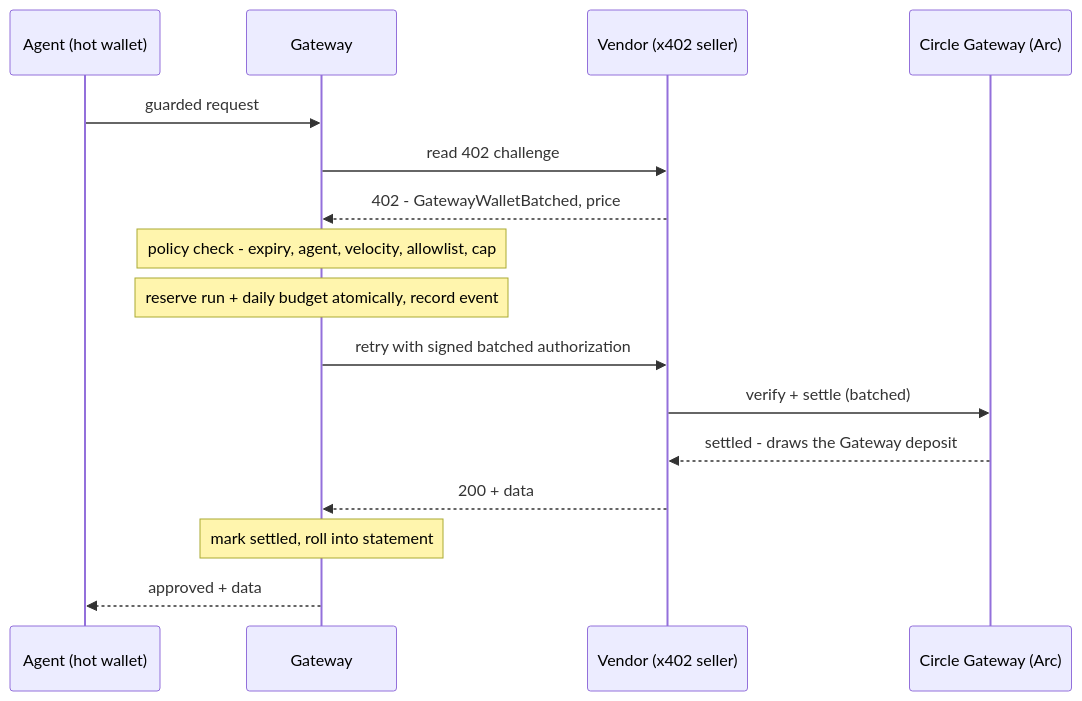
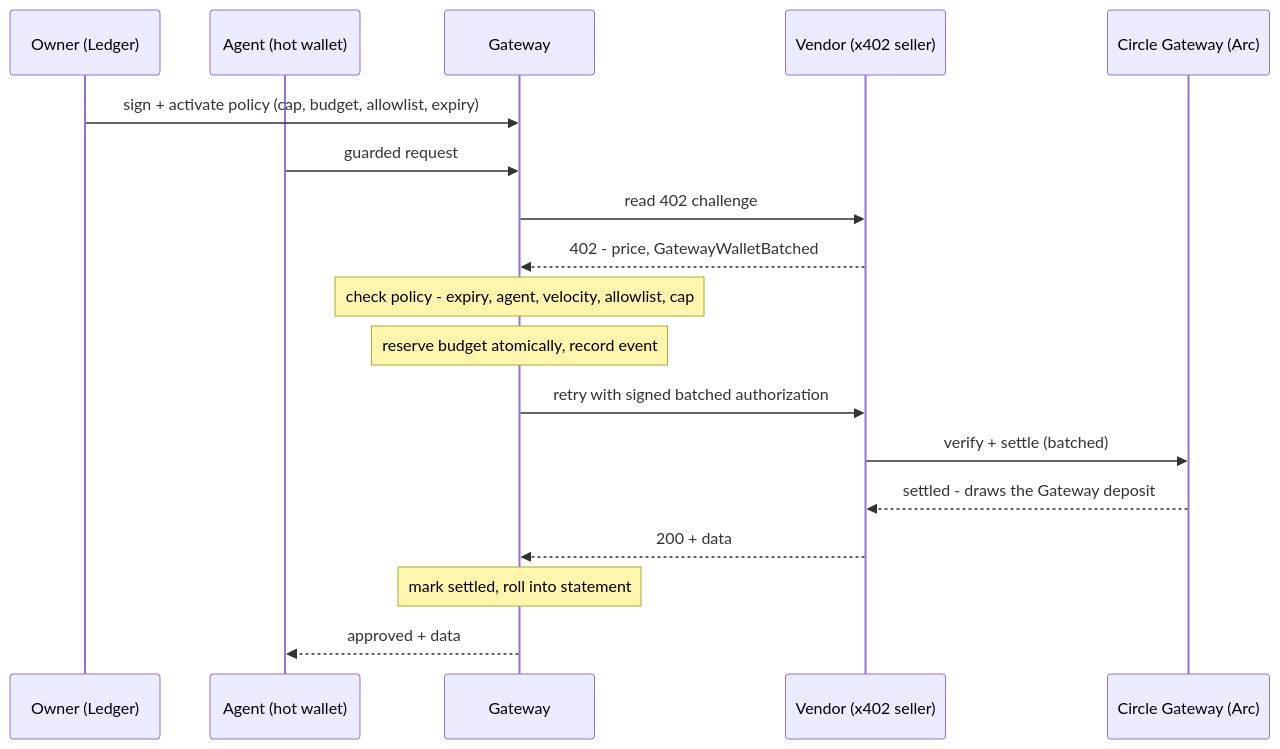
The diagram in README.md (xpayables/ledger-agent-payables), drawn with Mermaid before and after one commit. The commit also changed other lines of this file, not shown here.

Commit message:
docs: improve diagram visuals

````diff
--- a/README.md
+++ b/README.md
@@ -50,19 +27,21 @@
 ```mermaid
 %%{init: {'themeVariables': {'fontFamily': 'system-ui, -apple-system, BlinkMacSystemFont, Helvetica, Arial, sans-serif'}}}%%
 sequenceDiagram
+  participant O as Owner (Ledger)
   participant A as Agent (hot wallet)
   participant G as Gateway
   participant V as Vendor (x402 seller)
   participant C as Circle Gateway (Arc)
+  O->>G: sign + activate policy (cap, budget, allowlist, expiry)
   A->>G: guarded request
   G->>V: read 402 challenge
-  V-->>G: 402 - GatewayWalletBatched, price
-  Note over G: policy check - expiry, agent, velocity, allowlist, cap
-  Note over G: reserve run + daily budget atomically, record event
+  V-->>G: 402 - price, GatewayWalletBatched
+  Note over G: check policy - expiry, agent, velocity, allowlist, cap
+  Note over G: reserve budget atomically, record event
   G->>V: retry with signed batched authorization
   V->>C: verify + settle (batched)
   C-->>V: settled - draws the Gateway deposit
   V-->>G: 200 + data
   Note over G: mark settled, roll into statement
   G-->>A: approved + data
 ```
````
